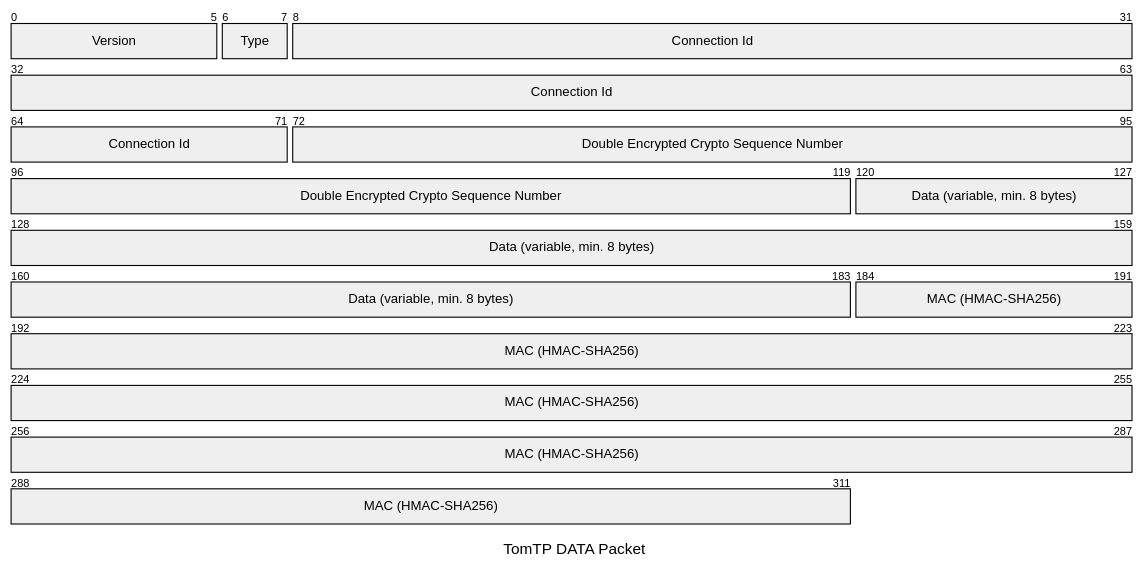
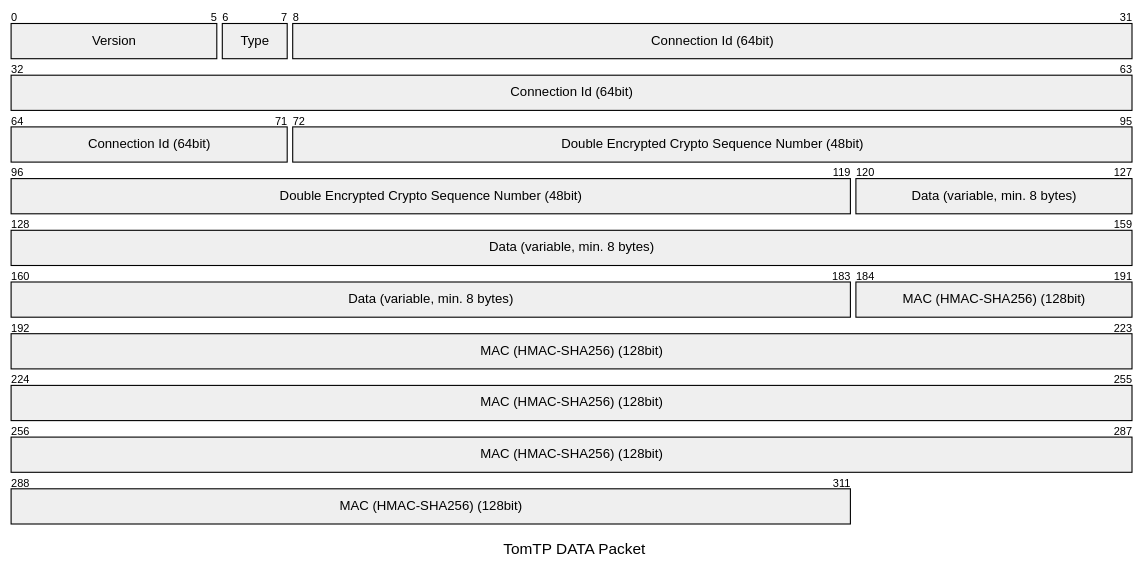
The fourth of 7 diagrams in Readme.md (tbocek/tomtp), drawn with Mermaid (neutral theme) before and after one commit. The commit also changed other lines of this file and 9 other files, not shown here.

````diff
--- a/Readme.md
+++ b/Readme.md
@@ -100,12 +119,12 @@
 ```mermaid
 ---
 title: "TomTP DATA Packet"
 ---
 packet-beta
   0-5: "Version"
   6-7: "Type"
-  8-71: "Connection Id"
-  72-119: "Double Encrypted Crypto Sequence Number"
+  8-71: "Connection Id (64bit)"
+  72-119: "Double Encrypted Crypto Sequence Number (48bit)"
   120-183: "Data (variable, min. 8 bytes)"
-  184-311: "MAC (HMAC-SHA256)"
+  184-311: "MAC (HMAC-SHA256) (128bit)"
 ```
````
